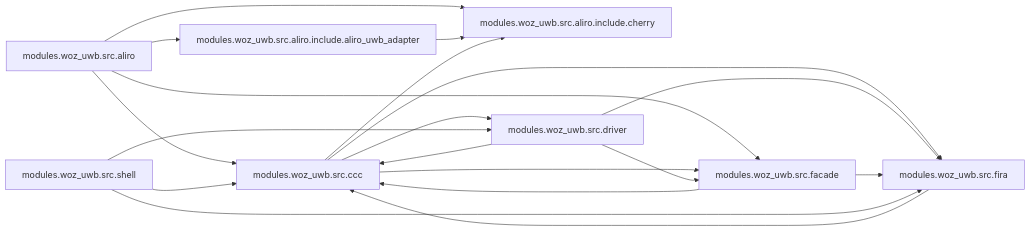
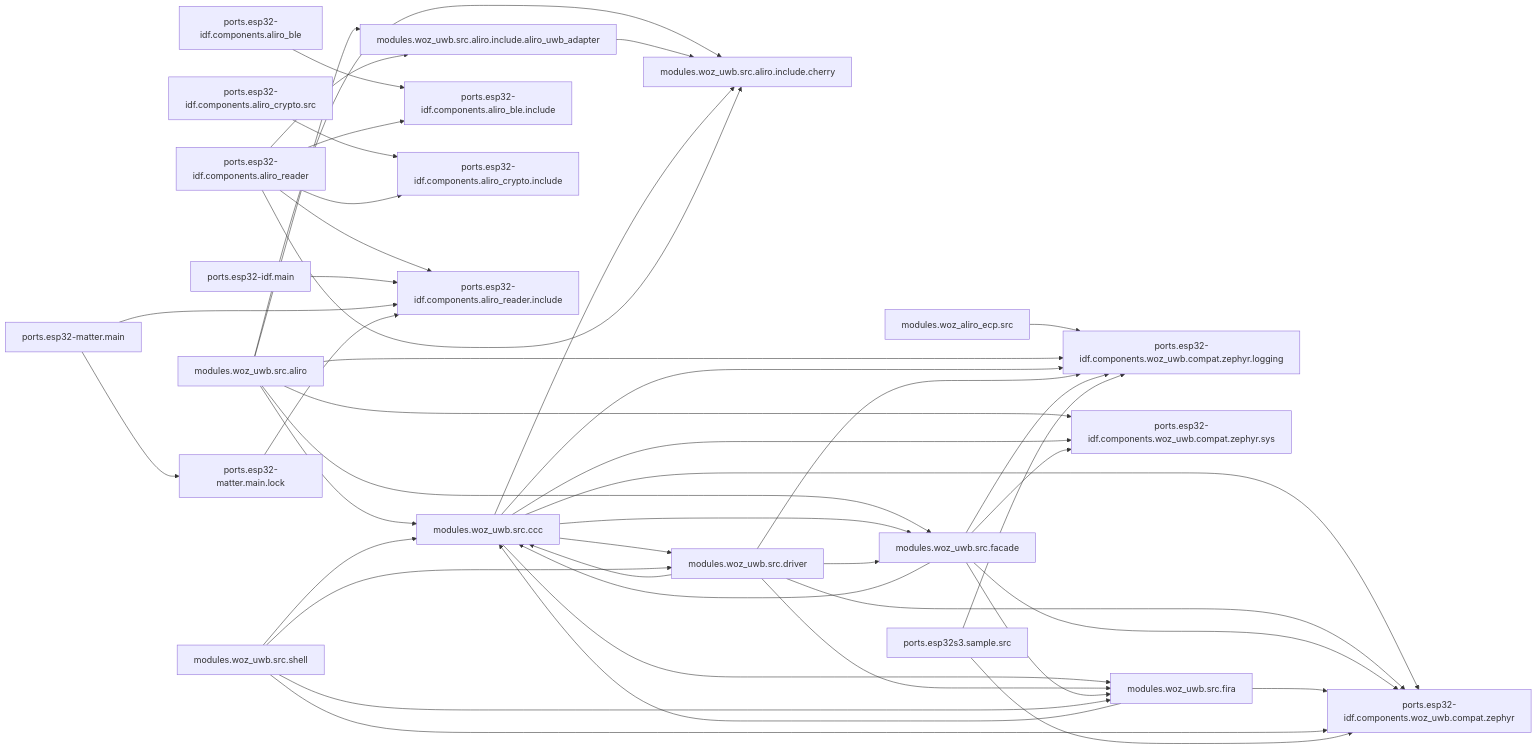
Before and after one commit to jonathan-shc/UWB: the diagram in docs/ARCHITECTURE.md, drawn with Mermaid. The commit also changed other lines of this file and 156 other files, not shown here.

````diff
--- a/docs/ARCHITECTURE.md
+++ b/docs/ARCHITECTURE.md
@@ -6,21 +6,47 @@
 ```mermaid
 flowchart LR
+  modules.woz_aliro_ecp.src --> ports.esp32-idf.components.woz_uwb.compat.zephyr.logging
   modules.woz_uwb.src.aliro --> modules.woz_uwb.src.aliro.include.aliro_uwb_adapter
   modules.woz_uwb.src.aliro --> modules.woz_uwb.src.aliro.include.cherry
   modules.woz_uwb.src.aliro --> modules.woz_uwb.src.ccc
   modules.woz_uwb.src.aliro --> modules.woz_uwb.src.facade
+  modules.woz_uwb.src.aliro --> ports.esp32-idf.components.woz_uwb.compat.zephyr.logging
+  modules.woz_uwb.src.aliro --> ports.esp32-idf.components.woz_uwb.compat.zephyr.sys
   modules.woz_uwb.src.aliro.include.aliro_uwb_adapter --> modules.woz_uwb.src.aliro.include.cherry
   modules.woz_uwb.src.ccc --> modules.woz_uwb.src.aliro.include.cherry
   modules.woz_uwb.src.ccc --> modules.woz_uwb.src.driver
   modules.woz_uwb.src.ccc --> modules.woz_uwb.src.facade
   modules.woz_uwb.src.ccc --> modules.woz_uwb.src.fira
+  modules.woz_uwb.src.ccc --> ports.esp32-idf.components.woz_uwb.compat.zephyr
+  modules.woz_uwb.src.ccc --> ports.esp32-idf.components.woz_uwb.compat.zephyr.logging
+  modules.woz_uwb.src.ccc --> ports.esp32-idf.components.woz_uwb.compat.zephyr.sys
   modules.woz_uwb.src.driver --> modules.woz_uwb.src.ccc
   modules.woz_uwb.src.driver --> modules.woz_uwb.src.facade
   modules.woz_uwb.src.driver --> modules.woz_uwb.src.fira
+  modules.woz_uwb.src.driver --> ports.esp32-idf.components.woz_uwb.compat.zephyr
+  modules.woz_uwb.src.driver --> ports.esp32-idf.components.woz_uwb.compat.zephyr.logging
   modules.woz_uwb.src.facade --> modules.woz_uwb.src.ccc
   modules.woz_uwb.src.facade --> modules.woz_uwb.src.fira
+  modules.woz_uwb.src.facade --> ports.esp32-idf.components.woz_uwb.compat.zephyr
+  modules.woz_uwb.src.facade --> ports.esp32-idf.components.woz_uwb.compat.zephyr.logging
+  modules.woz_uwb.src.facade --> ports.esp32-idf.components.woz_uwb.compat.zephyr.sys
   modules.woz_uwb.src.fira --> modules.woz_uwb.src.ccc
+  modules.woz_uwb.src.fira --> ports.esp32-idf.components.woz_uwb.compat.zephyr
   modules.woz_uwb.src.shell --> modules.woz_uwb.src.ccc
   modules.woz_uwb.src.shell --> modules.woz_uwb.src.driver
   modules.woz_uwb.src.shell --> modules.woz_uwb.src.fira
+  modules.woz_uwb.src.shell --> ports.esp32-idf.components.woz_uwb.compat.zephyr
+  ports.esp32-idf.components.aliro_ble --> ports.esp32-idf.components.aliro_ble.include
+  ports.esp32-idf.components.aliro_crypto.src --> ports.esp32-idf.components.aliro_crypto.include
+  ports.esp32-idf.components.aliro_reader --> modules.woz_uwb.src.aliro.include.aliro_uwb_adapter
+  ports.esp32-idf.components.aliro_reader --> modules.woz_uwb.src.aliro.include.cherry
+  ports.esp32-idf.components.aliro_reader --> ports.esp32-idf.components.aliro_ble.include
+  ports.esp32-idf.components.aliro_reader --> ports.esp32-idf.components.aliro_crypto.include
+  ports.esp32-idf.components.aliro_reader --> ports.esp32-idf.components.aliro_reader.include
+  ports.esp32-idf.main --> ports.esp32-idf.components.aliro_reader.include
+  ports.esp32-matter.main --> ports.esp32-idf.components.aliro_reader.include
+  ports.esp32-matter.main --> ports.esp32-matter.main.lock
+  ports.esp32-matter.main.lock --> ports.esp32-idf.components.aliro_reader.include
+  ports.esp32s3.sample.src --> ports.esp32-idf.components.woz_uwb.compat.zephyr
+  ports.esp32s3.sample.src --> ports.esp32-idf.components.woz_uwb.compat.zephyr.logging
 ```
````
